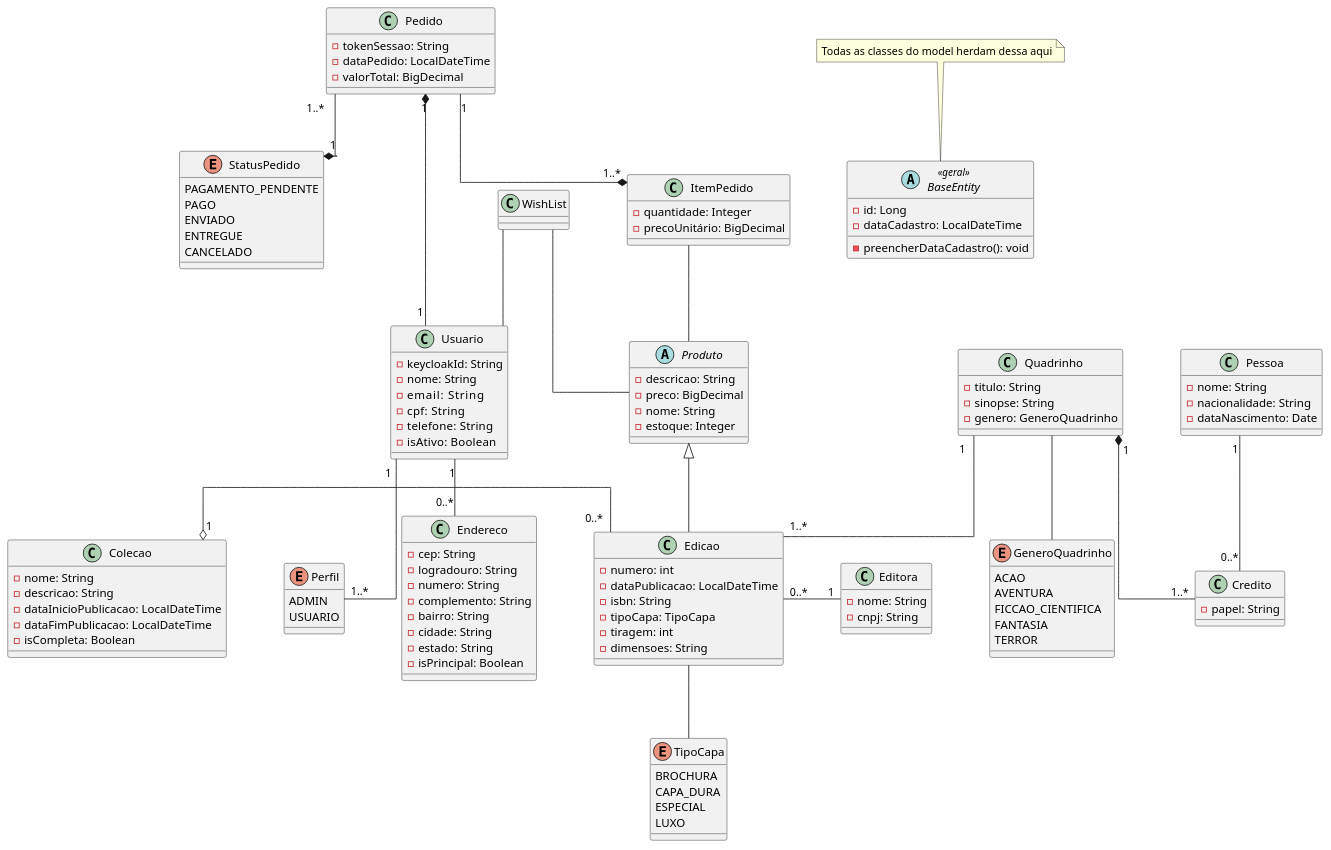
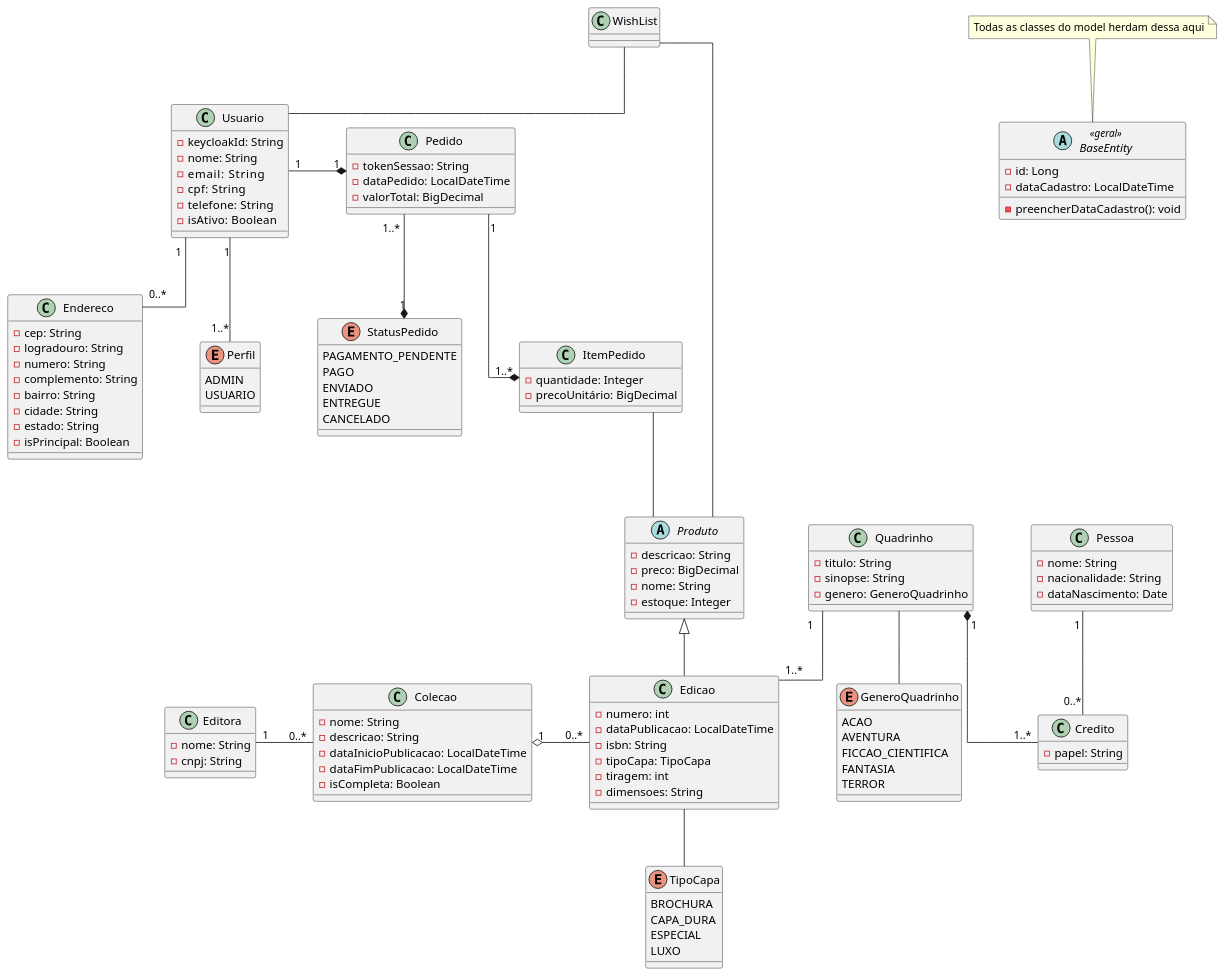
Before and after one commit to leonardo-Trex/kuasys: the diagram in classDiagram.plantuml, drawn with PlantUML.

Commit message:
UML: Melhoria

```diff
--- a/classDiagram.plantuml
+++ b/classDiagram.plantuml
@@ -1,169 +1,169 @@
 @startuml e-commerce
 
 skinparam nodesep 70
 skinparam ranksep 70
 skinparam linetype ortho
 
 ' =====================
 ' ENUMS
 ' =====================
 
 enum GeneroQuadrinho {
   ACAO
   AVENTURA
   FICCAO_CIENTIFICA
   FANTASIA
   TERROR
 }
 
 enum TipoCapa {
   BROCHURA
   CAPA_DURA
   ESPECIAL
   LUXO
 }
 
 enum StatusPedido {
     PAGAMENTO_PENDENTE
     PAGO
     ENVIADO
     ENTREGUE
     CANCELADO
 }
 
 enum Perfil {
     ADMIN
     USUARIO
 }
 
 ' =====================
 ' CLASSES
 ' =====================
 
 abstract class BaseEntity << geral >>{
     - id: Long
     - dataCadastro: LocalDateTime
     - preencherDataCadastro(): void
 }
 
 abstract class Produto {
   - descricao: String
   - preco: BigDecimal
   - nome: String
   - estoque: Integer
 }
 
 
 
 class Usuario {
     - keycloakId: String
     - nome: String
     - email:    String
     - cpf:  String
     - telefone:  String
     - isAtivo:  Boolean
 }
 
 class WishList {
 
 }
 
 class Pedido {
     - tokenSessao: String
     - dataPedido: LocalDateTime
     - valorTotal: BigDecimal
 }
 
 class ItemPedido {
     - quantidade: Integer
     - precoUnitário: BigDecimal
 }
 
 class Endereco {
     - cep: String
     - logradouro: String
     - numero: String
     - complemento: String
     - bairro: String
     - cidade: String
     - estado: String
     - isPrincipal: Boolean
 }
 
 class Edicao {
   - numero: int
   - dataPublicacao: LocalDateTime
   - isbn: String
   - tipoCapa: TipoCapa
   - tiragem: int
   - dimensoes: String
 }
 
 class Quadrinho {
   - titulo: String
   - sinopse: String
   - genero: GeneroQuadrinho
 }
 
 class Colecao {
   - nome: String
   - descricao: String
   - dataInicioPublicacao: LocalDateTime
   - dataFimPublicacao: LocalDateTime
 '  Esse cara aqui pode ser calculado, se dataFimPublicação == null
   - isCompleta: Boolean
 }
 
 class Editora {
   - nome: String
   - cnpj: String
 }
 
 class Pessoa {
   - nome: String
   - nacionalidade: String
   - dataNascimento: Date
 }
 
 class Credito {
   - papel: String
 }
 
 ' =====================
 ' RELACIONAMENTOS
 ' =====================
 
 Produto <|-- Edicao
 
 Quadrinho "1" -down- "1..*" Edicao
 Quadrinho "1" *-- "1..*" Credito
 Pessoa "1" -- "0..*" Credito
 
-Editora "1" -left- "0..*" Edicao
+Editora "1" -right- "0..*" Colecao
 
 Colecao "1" o-right- "0..*" Edicao
 
 Pedido "1" --* "1..*" ItemPedido
 
 Pedido "1..*" --* "1" StatusPedido
 Pedido "1" *-right- "1" Usuario
 
 Usuario "1" -- "0..*" Endereco
 Usuario "1" -- "1..*" Perfil
 
 Edicao -- TipoCapa
 Quadrinho -- GeneroQuadrinho
 
 ItemPedido -- Produto
 WishList -- Usuario
 WishList -- Produto
 
 ' ======================
 '         NOTAS
 ' ======================
 
 note "Todas as classes do model herdam dessa aqui" as N1
 
 N1 .. BaseEntity
 
 @enduml
```
